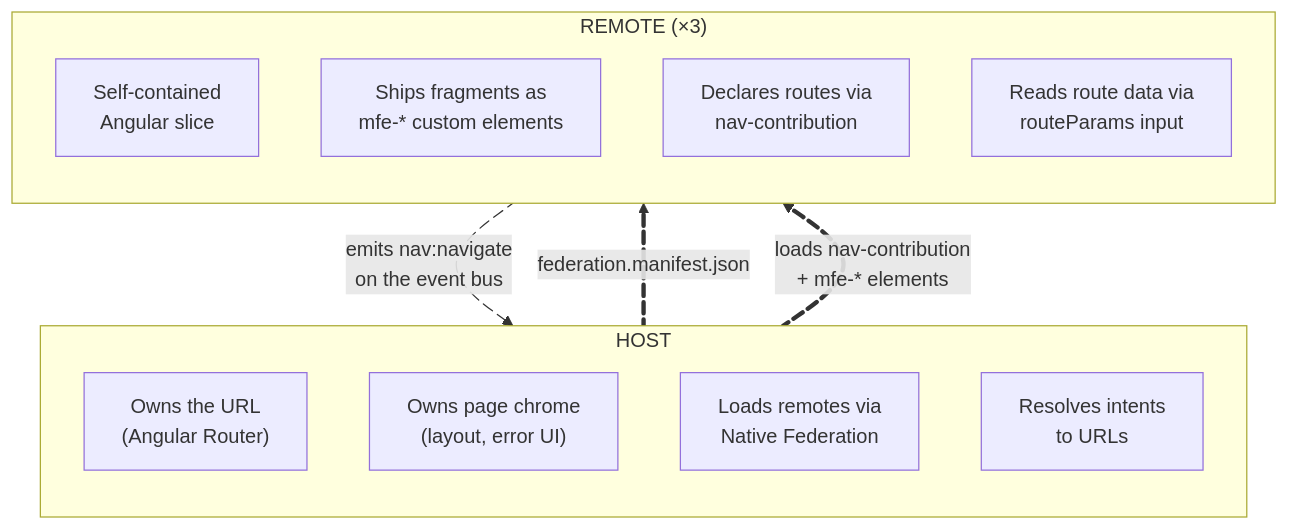
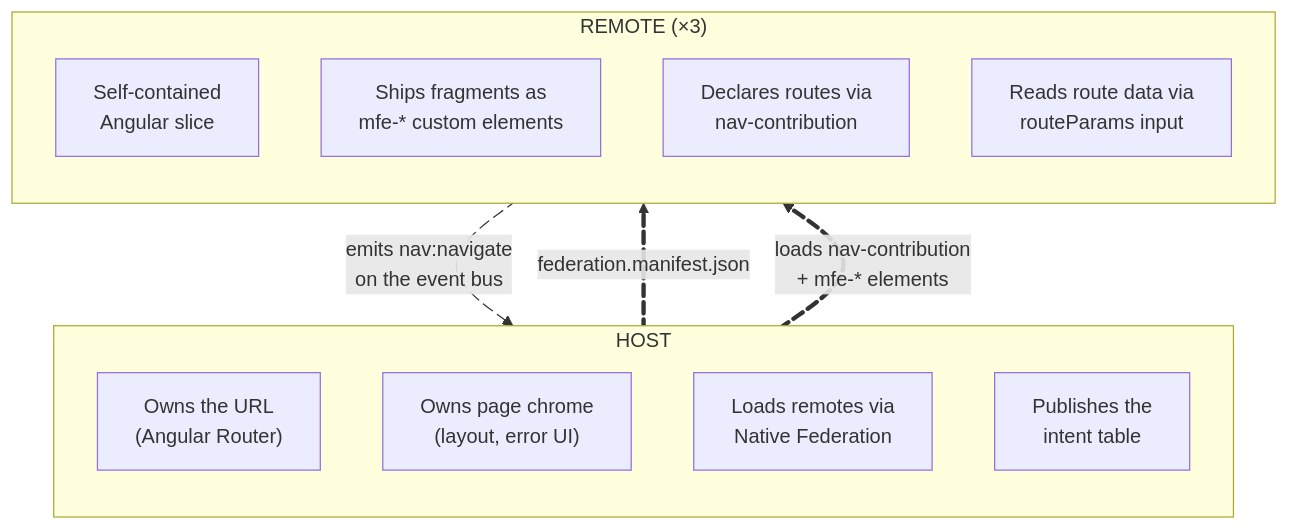
One commit to native-federation/playground changed the first of 5 diagrams in angular/tractor-store/docs/architecture.md. Above: the diagram before and after it, drawn with Mermaid. The commit also changed other lines of this file and 102 other files, not shown here.

First line of the commit message:
feat(tractor-store): sync the Angular and React stores on one bus and intent table

````diff
--- a/angular/tractor-store/docs/architecture.md
+++ b/angular/tractor-store/docs/architecture.md
@@ -31,26 +31,26 @@
 ```mermaid
 flowchart TD
     subgraph HostSide["HOST"]
         direction TB
         HA["Owns the URL<br/>(Angular Router)"]
         HB["Owns page chrome<br/>(layout, error UI)"]
         HC["Loads remotes via<br/>Native Federation"]
-        HD["Resolves intents<br/>to URLs"]
+        HD["Publishes the<br/>intent table"]
     end
 
     subgraph RemoteSide["REMOTE (×3)"]
         direction TB
         RA["Self-contained<br/>Angular slice"]
         RB["Ships fragments as<br/>mfe-* custom elements"]
         RC["Declares routes via<br/>nav-contribution"]
         RD["Reads route data via<br/>routeParams input"]
     end
 
     HostSide e1@==>|"federation.manifest.json"| RemoteSide
     HostSide e2@==>|"loads nav-contribution<br/>+ mfe-* elements"| RemoteSide
     RemoteSide e3@-->|"emits nav:navigate<br/>on the event bus"| HostSide
 
     e1@{animate: true}
     e2@{animate: true}
     e3@{animate: true}
 ```
````
